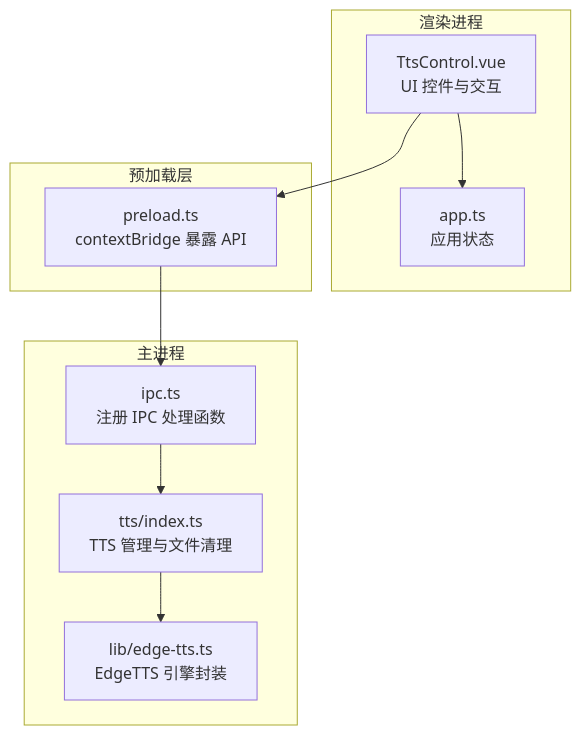
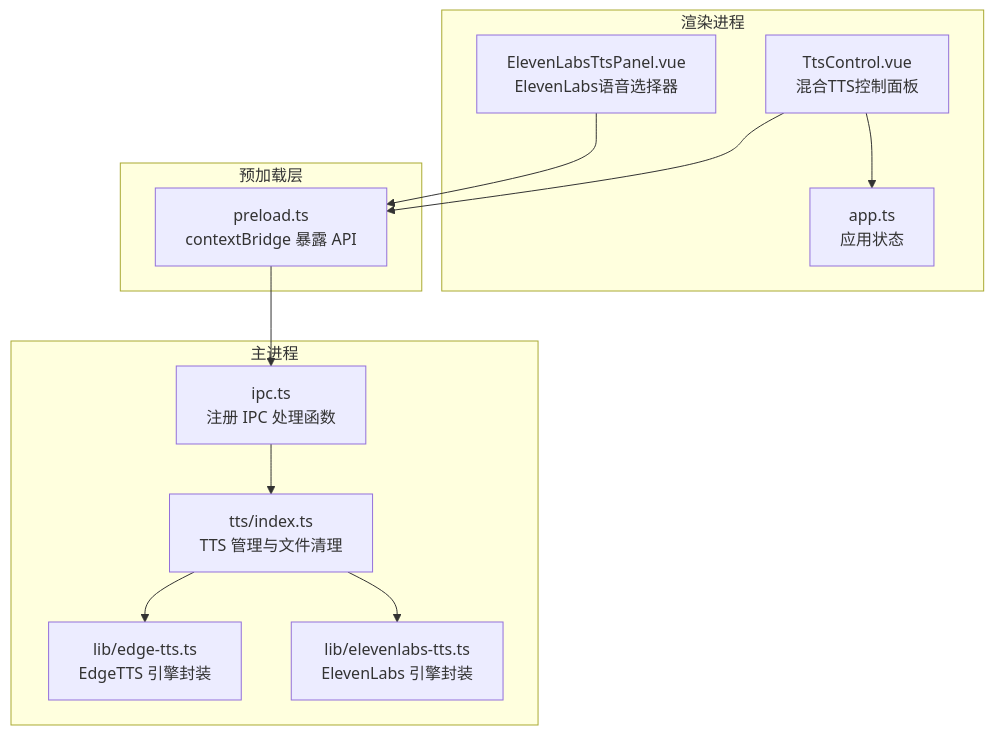
Before and after one commit to torans/crow.video: the first of 8 diagrams in .qoder/repowiki/zh/content/核心功能模块/语音合成系统.md, drawn with Mermaid. The commit also changed other lines of this file and 35 other files, not shown here.

````diff
--- a/.qoder/repowiki/zh/content/核心功能模块/语音合成系统.md
+++ b/.qoder/repowiki/zh/content/核心功能模块/语音合成系统.md
@@ -40,20 +50,24 @@
 ```mermaid
 graph TB
 subgraph "渲染进程"
-UI["TtsControl.vue<br/>UI 控件与交互"]
+UI["TtsControl.vue<br/>混合TTS控制面板"]
+ElevenLabsPanel["ElevenLabsTtsPanel.vue<br/>ElevenLabs语音选择器"]
 Store["app.ts<br/>应用状态"]
 end
 subgraph "预加载层"
 Preload["preload.ts<br/>contextBridge 暴露 API"]
 end
 subgraph "主进程"
 IPC["ipc.ts<br/>注册 IPC 处理函数"]
 TTSMgr["tts/index.ts<br/>TTS 管理与文件清理"]
-Engine["lib/edge-tts.ts<br/>EdgeTTS 引擎封装"]
+EdgeEngine["lib/edge-tts.ts<br/>EdgeTTS 引擎封装"]
+ElevenEngine["lib/elevenlabs-tts.ts<br/>ElevenLabs 引擎封装"]
 end
 UI --> Store
 UI --> Preload
+ElevenLabsPanel --> Preload
 Preload --> IPC
 IPC --> TTSMgr
-TTSMgr --> Engine
+TTSMgr --> EdgeEngine
+TTSMgr --> ElevenEngine
 ```
````
